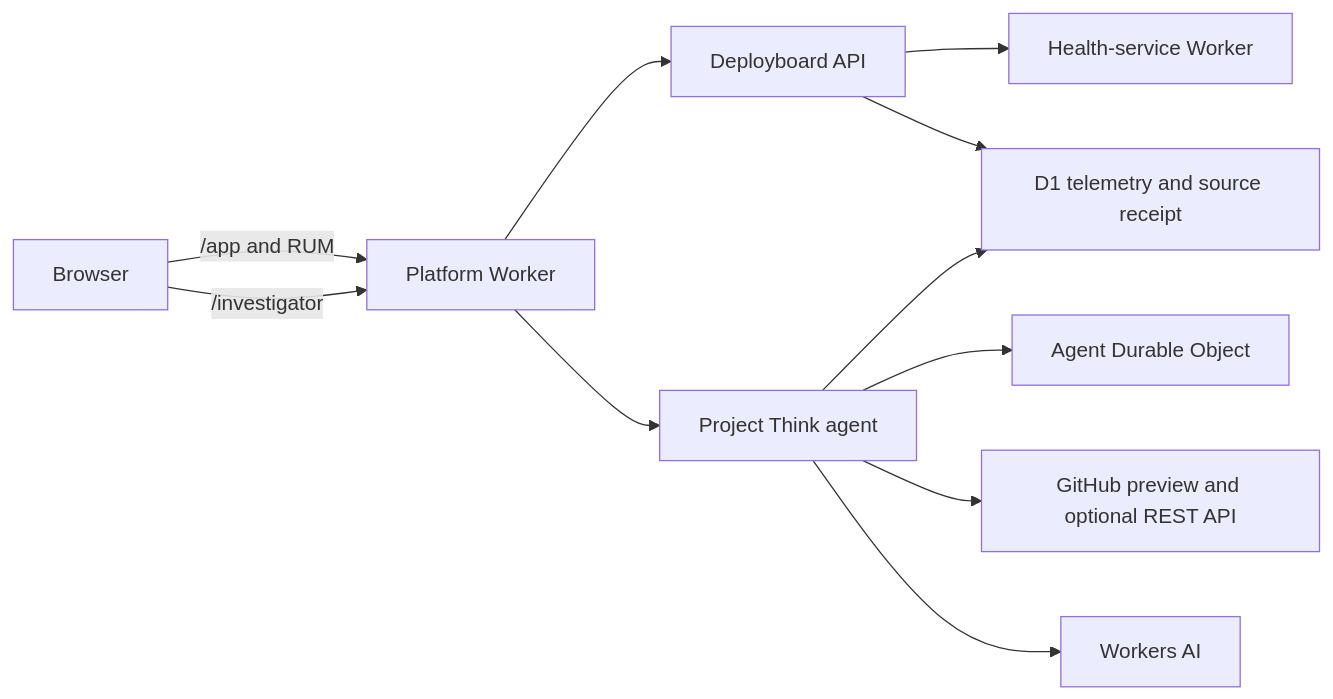
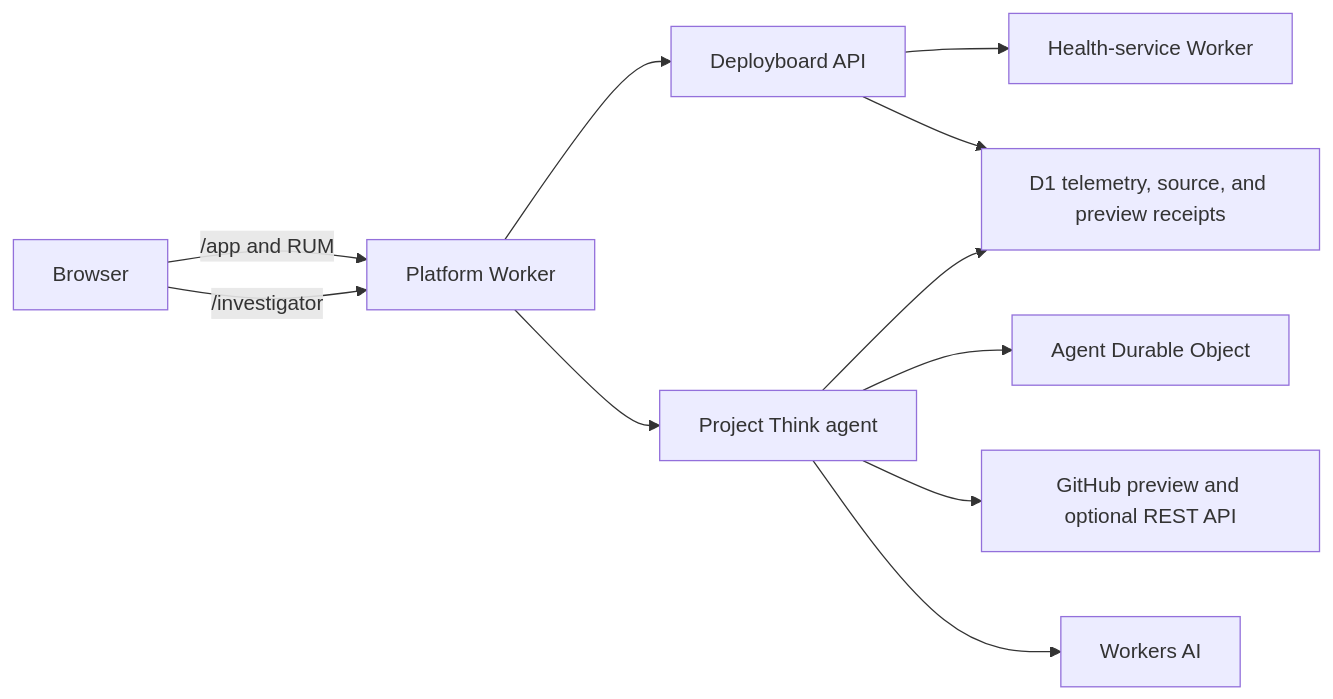
Before and after one commit to alexlopashev/cloudflare-agents-demo: the diagram in IMPLEMENTATION_PLAN.md, drawn with Mermaid. The commit also changed other lines of this file and 15 other files, not shown here.

````diff
--- a/IMPLEMENTATION_PLAN.md
+++ b/IMPLEMENTATION_PLAN.md
@@ -144,23 +144,23 @@
 ```mermaid
 flowchart LR
     Browser["Browser"]
     Platform["Platform Worker"]
     App["Deployboard API"]
     Agent["Project Think agent"]
     Health["Health-service Worker"]
-    D1["D1 telemetry and source receipt"]
+    D1["D1 telemetry, source, and preview receipts"]
     DO["Agent Durable Object"]
     GitHub["GitHub preview and optional REST API"]
     AI["Workers AI"]
 
     Browser -->|"/app and RUM"| Platform
     Browser -->|"/investigator"| Platform
     Platform --> App
     Platform --> Agent
     App --> Health
     App --> D1
     Agent --> D1
     Agent --> DO
     Agent --> GitHub
     Agent --> AI
 ```
````
